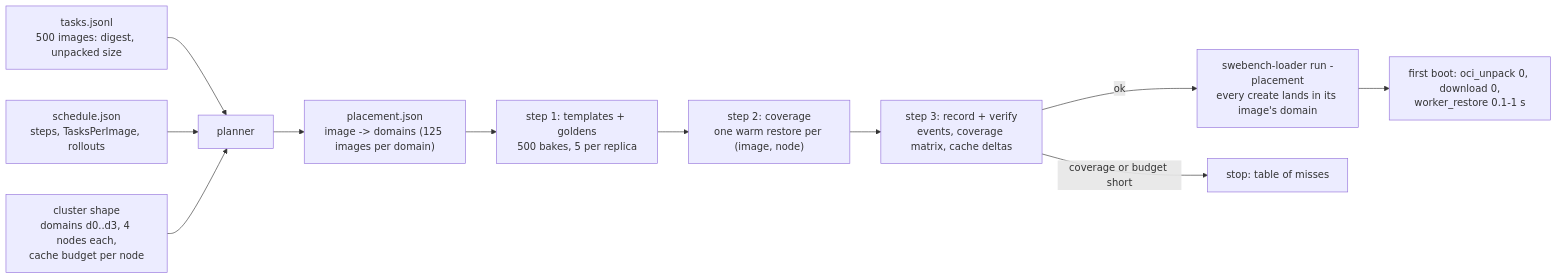
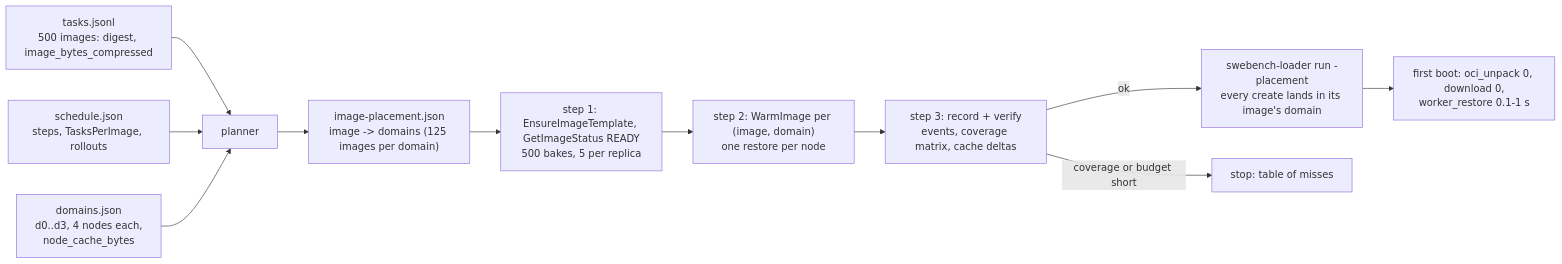
Before and after one commit to ai-on-gke/sandboxenv-rl: the first of 2 diagrams in docs/plans/preflight-warmer.md, drawn with Mermaid. The commit also changed other lines of this file, not shown here.

````diff
--- a/docs/plans/preflight-warmer.md
+++ b/docs/plans/preflight-warmer.md
@@ -221,13 +271,13 @@
 ```mermaid
 flowchart LR
-    M["tasks.jsonl<br/>500 images: digest, unpacked size"] --> P[planner]
+    M["tasks.jsonl<br/>500 images: digest, image_bytes_compressed"] --> P[planner]
     S["schedule.json<br/>steps, TasksPerImage, rollouts"] --> P
-    C["cluster shape<br/>domains d0..d3, 4 nodes each,<br/>cache budget per node"] --> P
-    P --> PL["placement.json<br/>image -> domains (125 images per domain)"]
-    PL --> W1["step 1: templates + goldens<br/>500 bakes, 5 per replica"]
-    W1 --> W2["step 2: coverage<br/>one warm restore per (image, node)"]
+    C["domains.json<br/>d0..d3, 4 nodes each,<br/>node_cache_bytes"] --> P
+    P --> PL["image-placement.json<br/>image -> domains (125 images per domain)"]
+    PL --> W1["step 1: EnsureImageTemplate, GetImageStatus READY<br/>500 bakes, 5 per replica"]
+    W1 --> W2["step 2: WarmImage per (image, domain)<br/>one restore per node"]
     W2 --> W3["step 3: record + verify<br/>events, coverage matrix, cache deltas"]
     W3 -->|ok| R["swebench-loader run -placement<br/>every create lands in its image's domain"]
     W3 -->|"coverage or budget short"| X["stop: table of misses"]
     R --> T["first boot: oci_unpack 0, download 0,<br/>worker_restore 0.1-1 s"]
 ```
````
